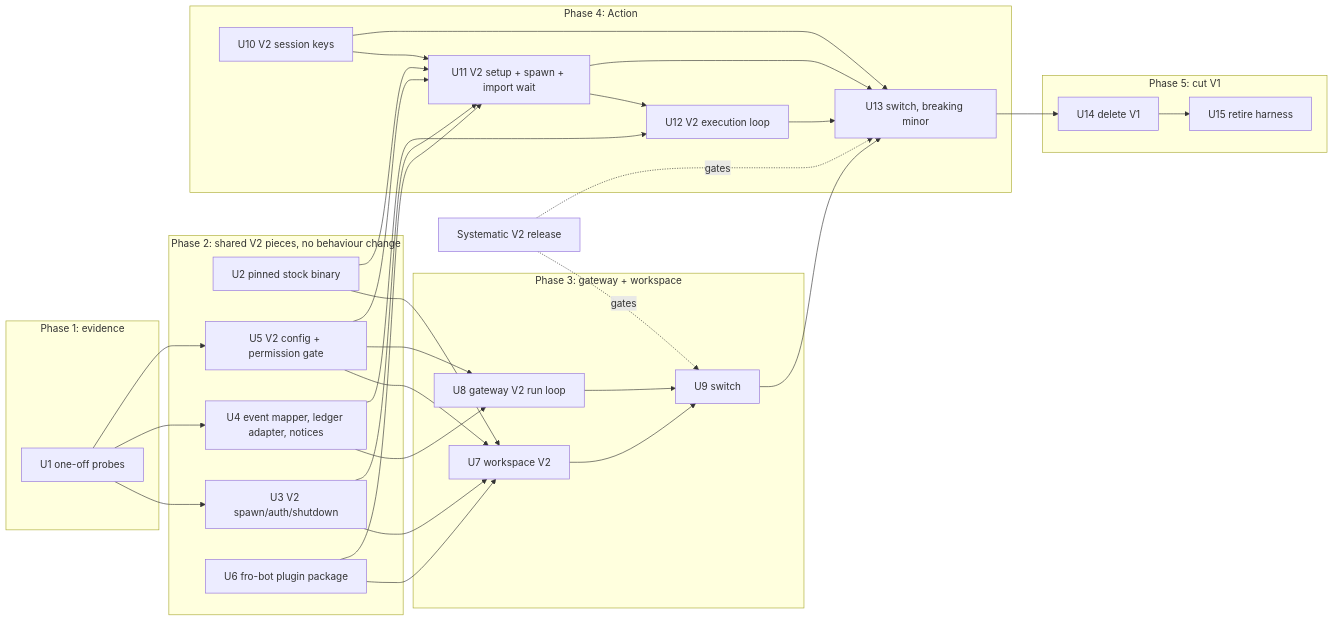
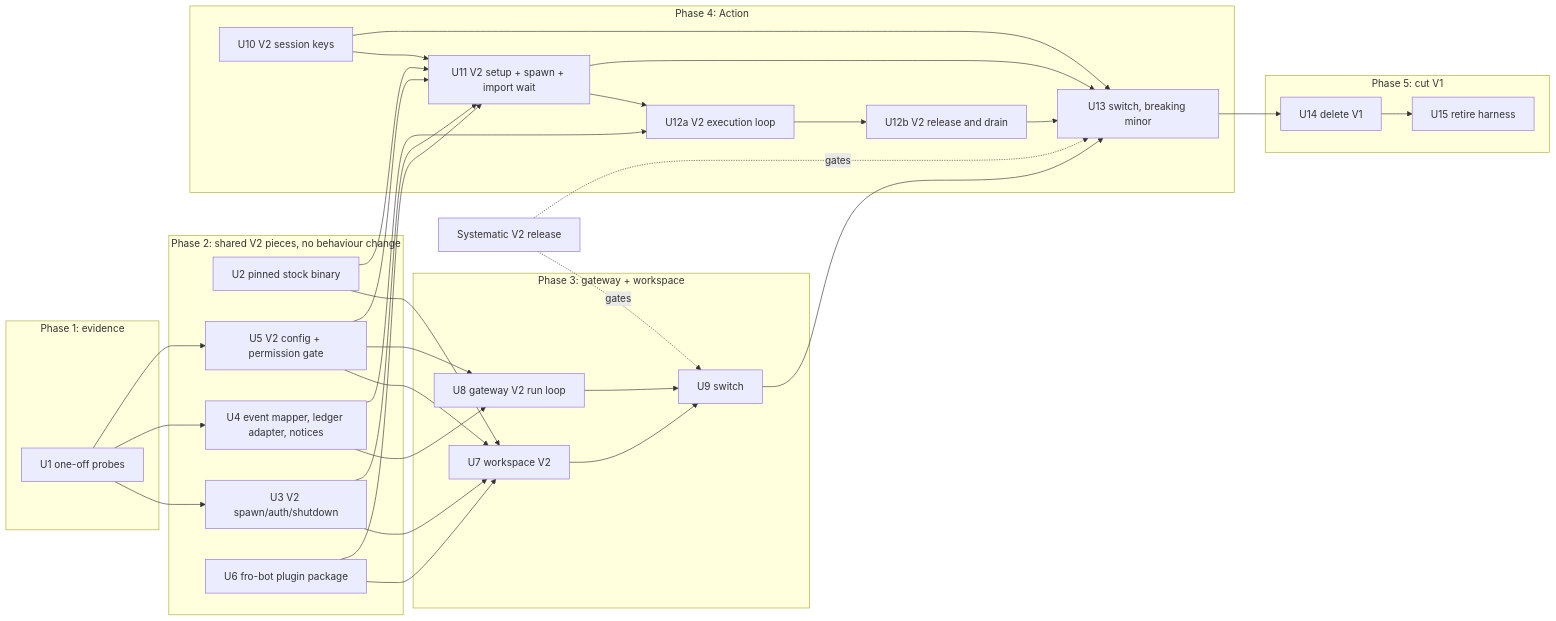
Before and after one commit to fro-bot/agent: the diagram in docs/plans/2026-10-27-001-feat-opencode-v2-migration-plan.md, drawn with Mermaid. The commit also changed other lines of this file and 14 other files, not shown here.

````diff
--- a/docs/plans/2026-10-27-001-feat-opencode-v2-migration-plan.md
+++ b/docs/plans/2026-10-27-001-feat-opencode-v2-migration-plan.md
@@ -264,40 +268,41 @@
 ```mermaid
 flowchart LR
   subgraph P1[Phase 1: evidence]
     U1[U1 one-off probes]
   end
   subgraph P2[Phase 2: shared V2 pieces, no behaviour change]
     U2[U2 pinned stock binary]
     U3[U3 V2 spawn/auth/shutdown]
     U4[U4 event mapper, ledger adapter, notices]
     U5[U5 V2 config + permission gate]
     U6[U6 fro-bot plugin package]
   end
   subgraph P3[Phase 3: gateway + workspace]
     U7[U7 workspace V2]
     U8[U8 gateway V2 run loop]
     U9[U9 switch]
   end
   subgraph P4[Phase 4: Action]
     U10[U10 V2 session keys]
     U11[U11 V2 setup + spawn + import wait]
-    U12[U12 V2 execution loop]
+    U12a[U12a V2 execution loop]
+    U12b[U12b V2 release and drain]
     U13[U13 switch, breaking minor]
   end
   subgraph P5[Phase 5: cut V1]
     U14[U14 delete V1]
     U15[U15 retire harness]
   end
   U1 --> U3 & U4 & U5
   U2 --> U7 & U11
   U3 --> U7 & U11
-  U4 --> U8 & U12
+  U4 --> U8 & U12a
   U5 --> U7 & U8 & U11
-  U10 --> U11 --> U12
+  U10 --> U11 --> U12a --> U12b
   U6 --> U7 & U11
   U7 & U8 --> U9
   U9 --> U13
-  U10 & U11 & U12 --> U13
+  U10 & U11 & U12b --> U13
   U13 --> U14 --> U15
   SYS[Systematic V2 release] -.gates.-> U9 & U13
 ```
````
